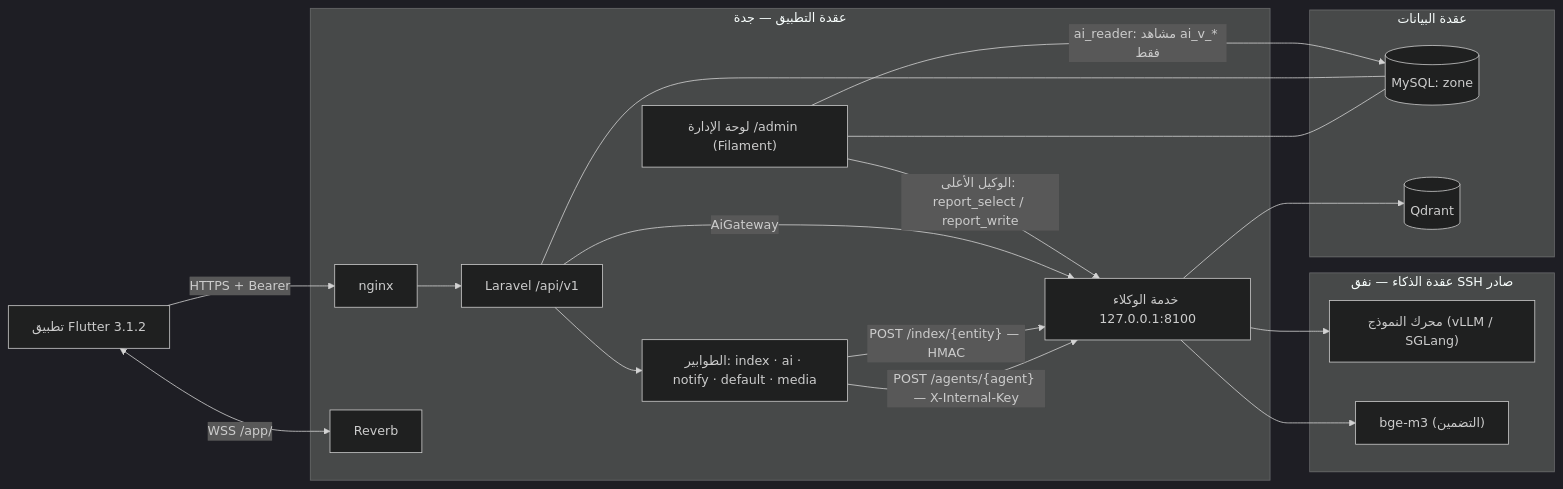
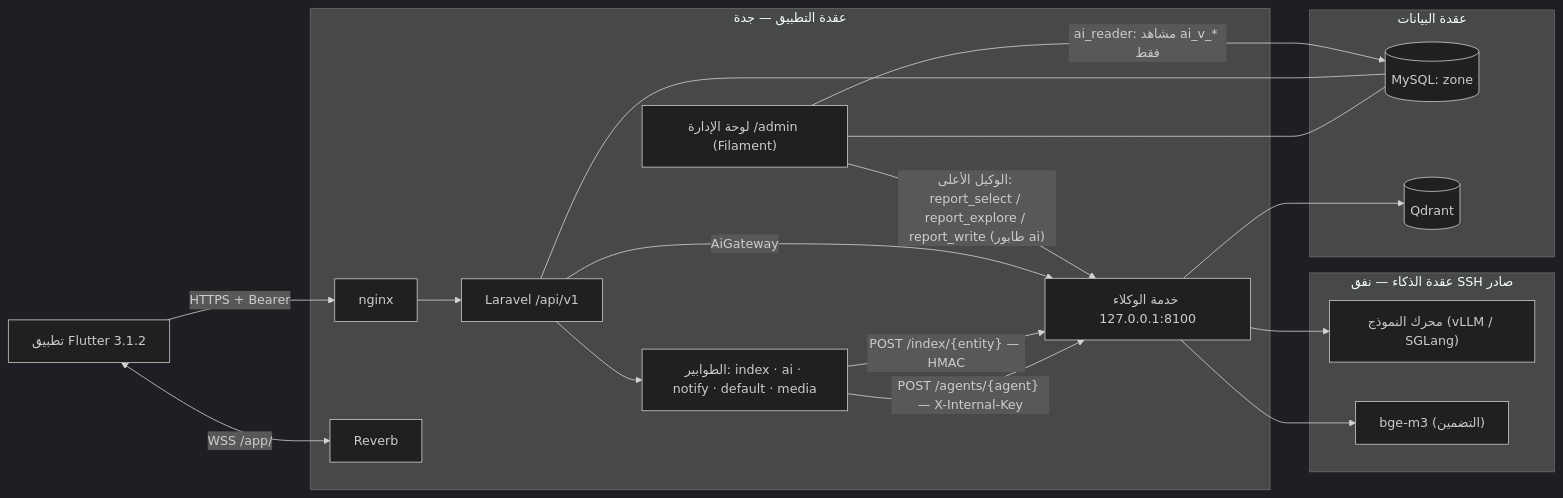
One commit to vv707-848/ZON changed the diagram in docs/three-parties.md. Above: the diagram before and after it, drawn with Mermaid (dark theme). The commit also changed other lines of this file and 51 other files, not shown here.

````diff
--- a/docs/three-parties.md
+++ b/docs/three-parties.md
@@ -5,33 +5,33 @@
 ```mermaid
 flowchart LR
   APP["تطبيق Flutter 3.1.2"]
   subgraph APPNODE["عقدة التطبيق — جدة"]
     NGINX["nginx"]
     API["Laravel /api/v1"]
     ADMIN["لوحة الإدارة /admin (Filament)"]
     Q["الطوابير: index · ai · notify · default · media"]
     REVERB["Reverb"]
     AGENTS["خدمة الوكلاء 127.0.0.1:8100"]
   end
   subgraph DATA["عقدة البيانات"]
     MYSQL[("MySQL: zone")]
     QDRANT[("Qdrant")]
   end
   subgraph AINODE["عقدة الذكاء — نفق SSH صادر"]
     LLM["محرك النموذج (vLLM / SGLang)"]
     EMB["bge-m3 (التضمين)"]
   end
   APP -->|HTTPS + Bearer| NGINX --> API
   APP <-->|WSS /app/| REVERB
   ADMIN --- MYSQL
   API --- MYSQL
   API --> Q
   Q -->|"POST /agents/{agent} — X-Internal-Key"| AGENTS
   Q -->|"POST /index/{entity} — HMAC"| AGENTS
   API -->|AiGateway| AGENTS
-  ADMIN -->|"الوكيل الأعلى: report_select / report_write"| AGENTS
+  ADMIN -->|"الوكيل الأعلى: report_select / report_explore / report_write (طابور ai)"| AGENTS
   ADMIN -->|"ai_reader: مشاهد ai_v_* فقط"| MYSQL
   AGENTS --> QDRANT
   AGENTS --> LLM
   AGENTS --> EMB
 ```
````
